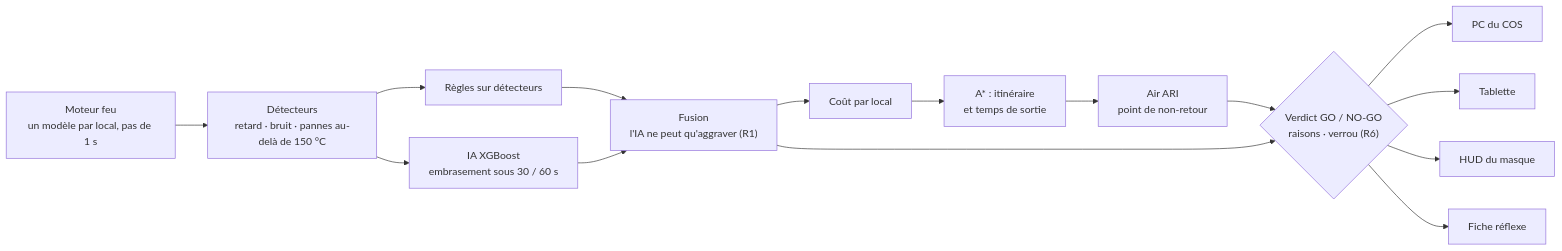
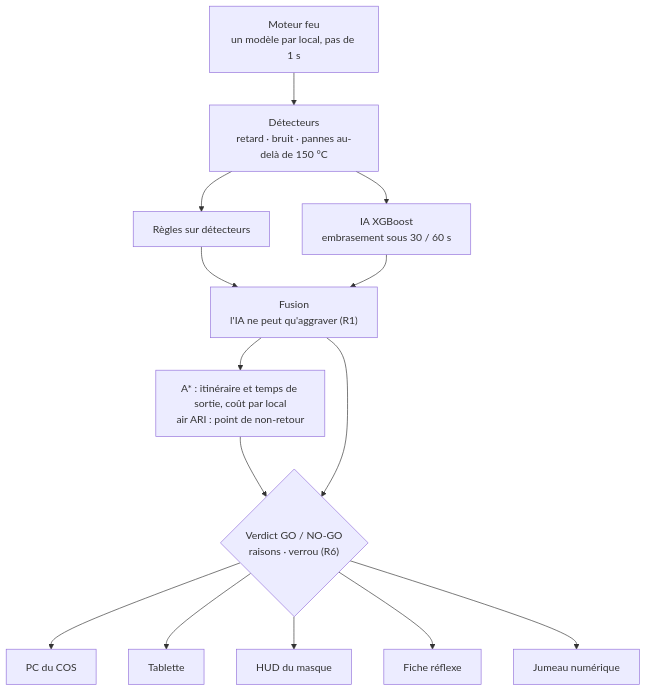
One commit to ymhamdi/SAQROPS_198 changed the diagram in README.md. Above: the diagram before and after it, drawn with Mermaid. The commit also changed other lines of this file and 17 other files, not shown here.

First line of the commit message:
docs: French README for main with app captures, air and FSRI diagrams

````diff
--- a/README.md
+++ b/README.md
@@ -51,17 +175,16 @@
 ```mermaid
-flowchart LR
+flowchart TB
   F["Moteur feu<br/>un modèle par local, pas de 1 s"] --> D["Détecteurs<br/>retard · bruit · pannes au-delà de 150 °C"]
   D --> RG["Règles sur détecteurs"]
   D --> IA["IA XGBoost<br/>embrasement sous 30 / 60 s"]
   RG --> M["Fusion<br/>l'IA ne peut qu'aggraver (R1)"]
   IA --> M
-  M --> C["Coût par local"]
-  C --> A["A* : itinéraire<br/>et temps de sortie"]
-  A --> AIR["Air ARI<br/>point de non-retour"]
-  AIR --> V{"Verdict GO / NO-GO<br/>raisons · verrou (R6)"}
+  M --> RA["A* : itinéraire et temps de sortie, coût par local<br/>air ARI : point de non-retour"]
+  RA --> V{"Verdict GO / NO-GO<br/>raisons · verrou (R6)"}
   M --> V
   V --> PC["PC du COS"]
   V --> T["Tablette"]
   V --> H["HUD du masque"]
   V --> K["Fiche réflexe"]
+  V --> J["Jumeau numérique"]
 ```
````
